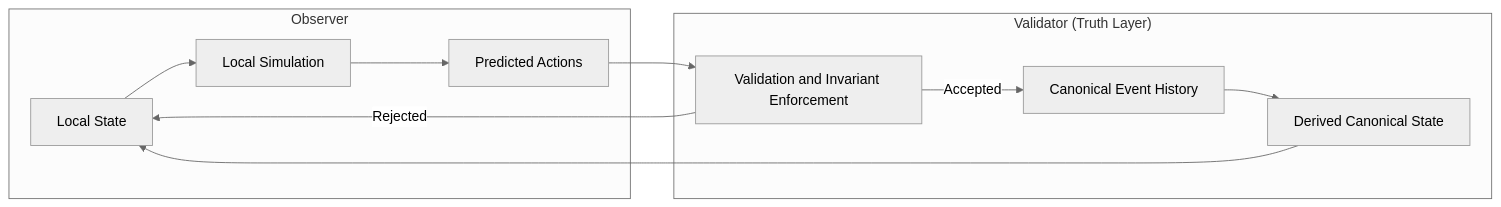
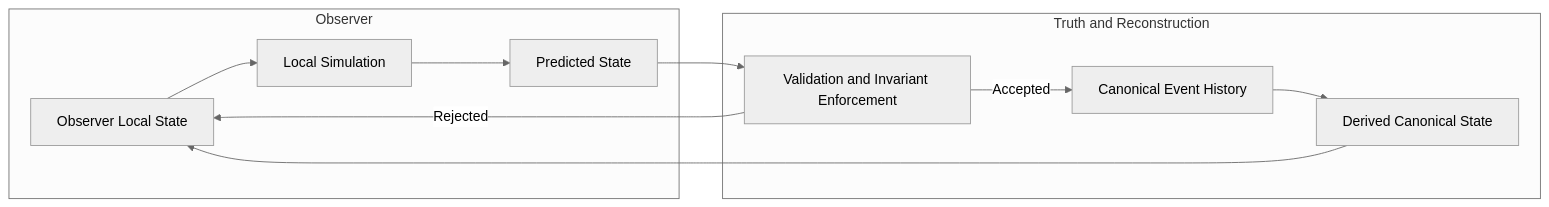
Before and after one commit to godofthunder101/crypsa-architecture: the diagram in diagrams/CrypSA_Observer_vs_Canonical.md, drawn with Mermaid (neutral theme). The commit also changed other lines of this file, not shown here.

Commit message:
Update CrypSA Observer vs Canonical documentation

````diff
--- a/diagrams/CrypSA_Observer_vs_Canonical.md
+++ b/diagrams/CrypSA_Observer_vs_Canonical.md
@@ -20,25 +20,25 @@
-```mermaid id="1k0v8f"
+```mermaid
 flowchart LR
 
 subgraph "Observer"
-    A[Local State]
+    A[Observer Local State]
     B[Local Simulation]
-    C[Predicted Actions]
+    C[Predicted State]
 end
 
-subgraph "Validator (Truth Layer)"
+subgraph "Truth and Reconstruction"
     D[Validation and Invariant Enforcement]
     E[Canonical Event History]
     F[Derived Canonical State]
 end
 
 A --> B
 B --> C
 C --> D
 
 D -->|Accepted| E
 D -->|Rejected| A
 
 E --> F
 F --> A
 ```
````
